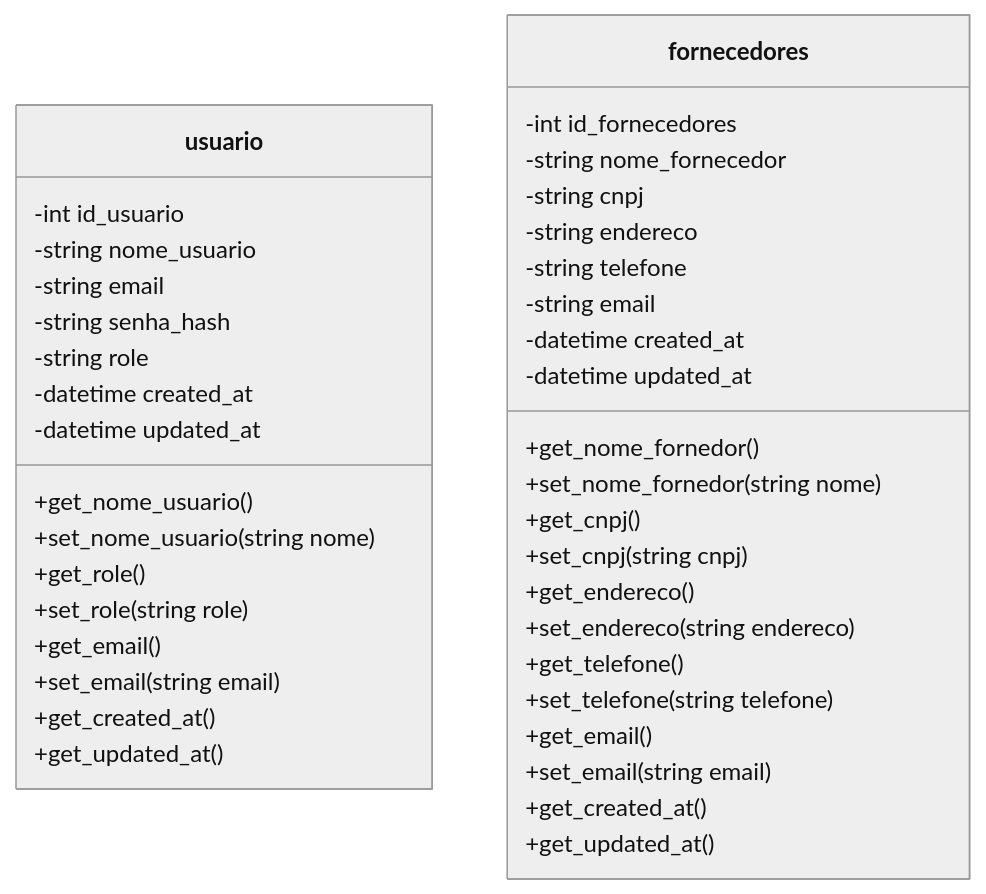
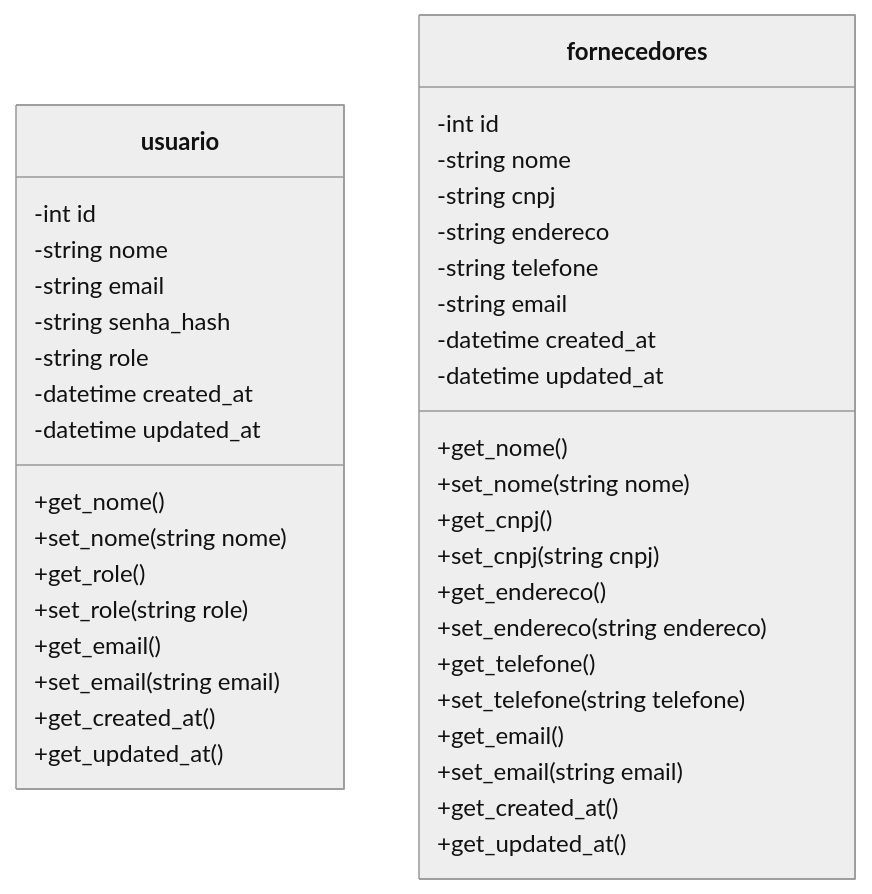
Before and after one commit to Gabriela-Amaro/Sistema-Mugiwara: the third of 3 diagrams in README.md, drawn with Mermaid (neutral theme). The commit also changed other lines of this file, not shown here.

````diff
--- a/README.md
+++ b/README.md
@@ -409,43 +407,43 @@
 ```mermaid
     classDiagram
     class usuario {
-        -int id_usuario
-        -string nome_usuario
+        -int id
+        -string nome
         -string email
         -string senha_hash
         -string role
         -datetime created_at
         -datetime updated_at
-        +get_nome_usuario()
-        +set_nome_usuario(string nome)
+        +get_nome()
+        +set_nome(string nome)
         +get_role()
         +set_role(string role)
         +get_email()
         +set_email(string email)
         +get_created_at()
         +get_updated_at()
     }
 
     class fornecedores {
-        -int id_fornecedores
-        -string nome_fornecedor
+        -int id
+        -string nome
         -string cnpj
         -string endereco
         -string telefone
         -string email
         -datetime created_at
         -datetime updated_at
-        +get_nome_fornedor()
-        +set_nome_fornedor(string nome)
+        +get_nome()
+        +set_nome(string nome)
         +get_cnpj()
         +set_cnpj(string cnpj)
         +get_endereco()
         +set_endereco(string endereco)
         +get_telefone()
         +set_telefone(string telefone)
         +get_email()
         +set_email(string email)
         +get_created_at()
         +get_updated_at()
     }
 ```
````
